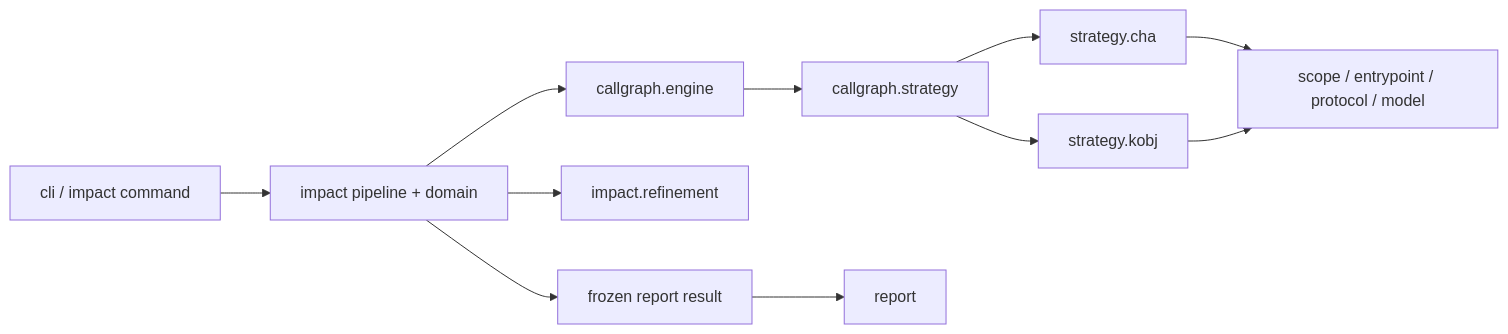
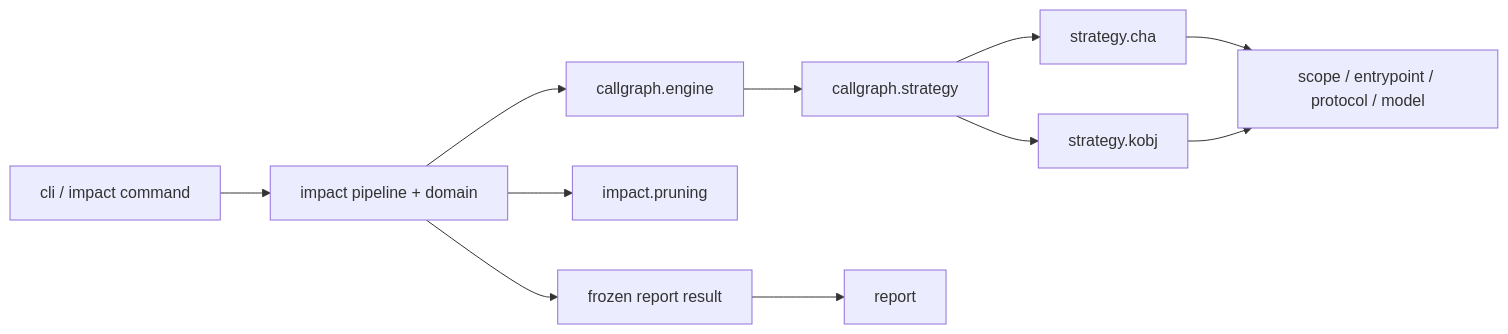
The first of 2 diagrams in wiki/architecture/dependency-analysis-pipelines.md (ymyii/change-impact-analyze), drawn with Mermaid before and after one commit. The commit also changed other lines of this file and 71 other files, not shown here.

````diff
--- a/wiki/architecture/dependency-analysis-pipelines.md
+++ b/wiki/architecture/dependency-analysis-pipelines.md
@@ -71,13 +71,13 @@
 ```mermaid
 flowchart LR
   CLI["cli / impact command"] --> Impact["impact pipeline + domain"]
   Impact --> Engine["callgraph.engine"]
   Engine --> Strategy["callgraph.strategy"]
   Strategy --> CHA["strategy.cha"]
   Strategy --> KObj["strategy.kobj"]
   CHA --> Common["scope / entrypoint / protocol / model"]
   KObj --> Common
-  Impact --> Refinement["impact.refinement"]
+  Impact --> Pruning["impact.pruning"]
   Impact --> Snapshot["frozen report result"]
   Snapshot --> Report["report"]
 ```
````
